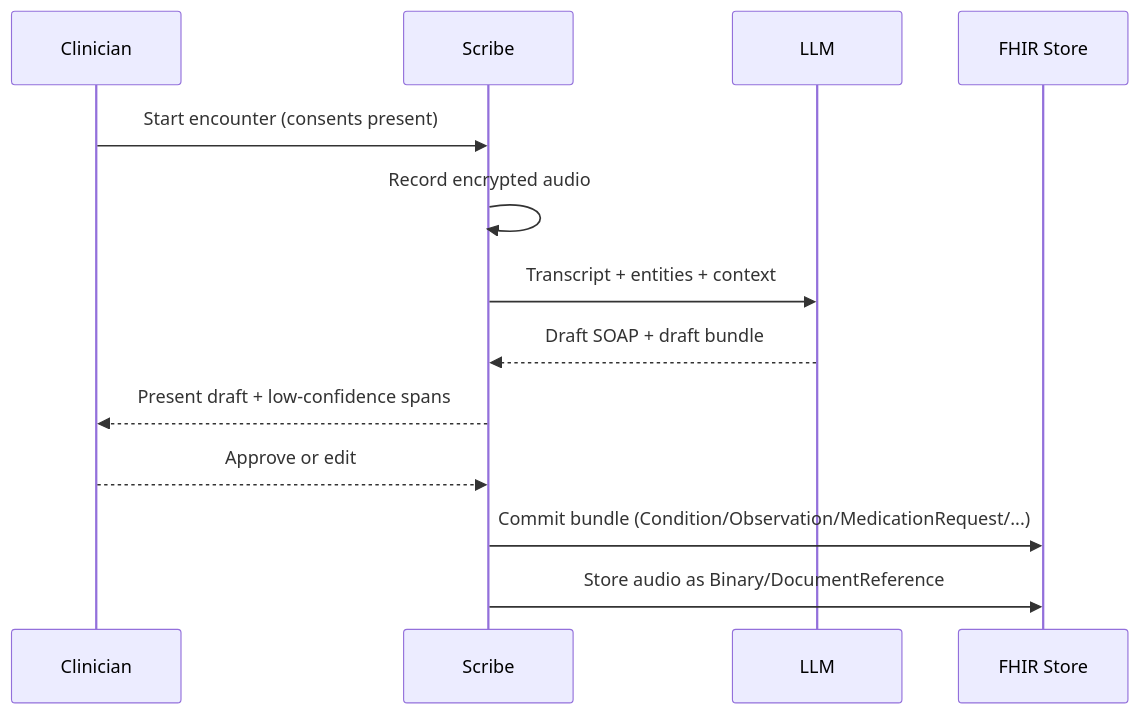
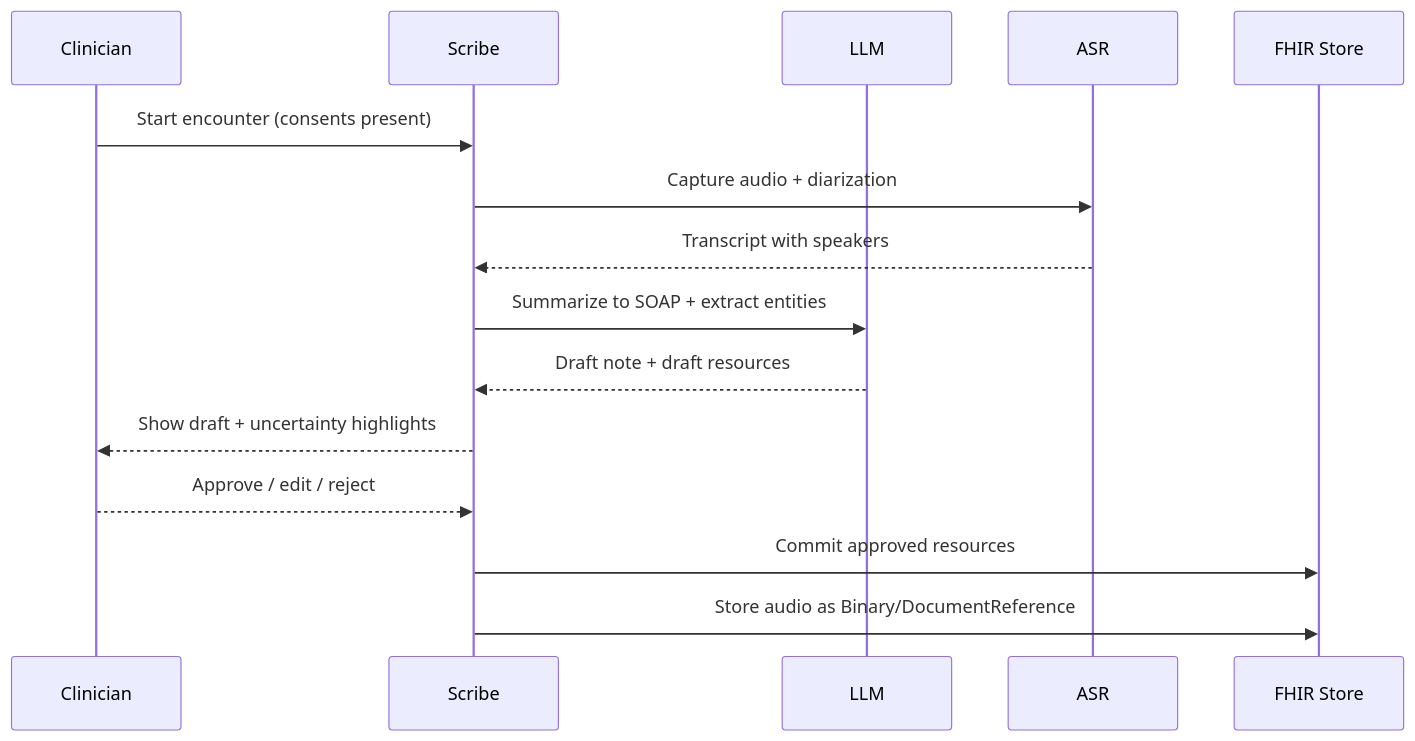
The tenth of 12 diagrams in Algorithm.md (georgeahmed/onecare), drawn with Mermaid before and after one commit. The commit also changed other lines of this file and 5 other files, not shown here.

````diff
--- a/Algorithm.md
+++ b/Algorithm.md
@@ -715,15 +893,17 @@
 ```mermaid
 sequenceDiagram
   participant Clin as Clinician
   participant Scribe
   participant LLM
+  participant ASR
   participant F as FHIR Store
   Clin->>Scribe: Start encounter (consents present)
-  Scribe->>Scribe: Record encrypted audio
-  Scribe->>LLM: Transcript + entities + context
-  LLM-->>Scribe: Draft SOAP + draft bundle
-  Scribe-->>Clin: Present draft + low-confidence spans
-  Clin-->>Scribe: Approve or edit
-  Scribe->>F: Commit bundle (Condition/Observation/MedicationRequest/...)
+  Scribe->>ASR: Capture audio + diarization
+  ASR-->>Scribe: Transcript with speakers
+  Scribe->>LLM: Summarize to SOAP + extract entities
+  LLM-->>Scribe: Draft note + draft resources
+  Scribe-->>Clin: Show draft + uncertainty highlights
+  Clin-->>Scribe: Approve / edit / reject
+  Scribe->>F: Commit approved resources
   Scribe->>F: Store audio as Binary/DocumentReference
 ```
````
